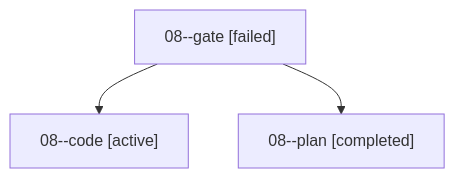
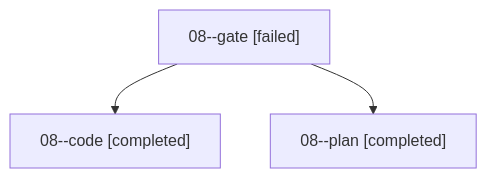
Before and after one commit to bobs-org/bob-cli--agents: the diagram in families/bbugyi200.apollo.08.md, drawn with Mermaid. The commit also changed other lines of this file and 19 other files, not shown here.

````diff
--- a/families/bbugyi200.apollo.08.md
+++ b/families/bbugyi200.apollo.08.md
@@ -9,8 +9,8 @@
 ```mermaid
 flowchart TD
   n0["08--gate [failed]"]
-  n1["08--code [active]"]
+  n1["08--code [completed]"]
   n0 --> n1
   n2["08--plan [completed]"]
   n0 --> n2
 ```
````
